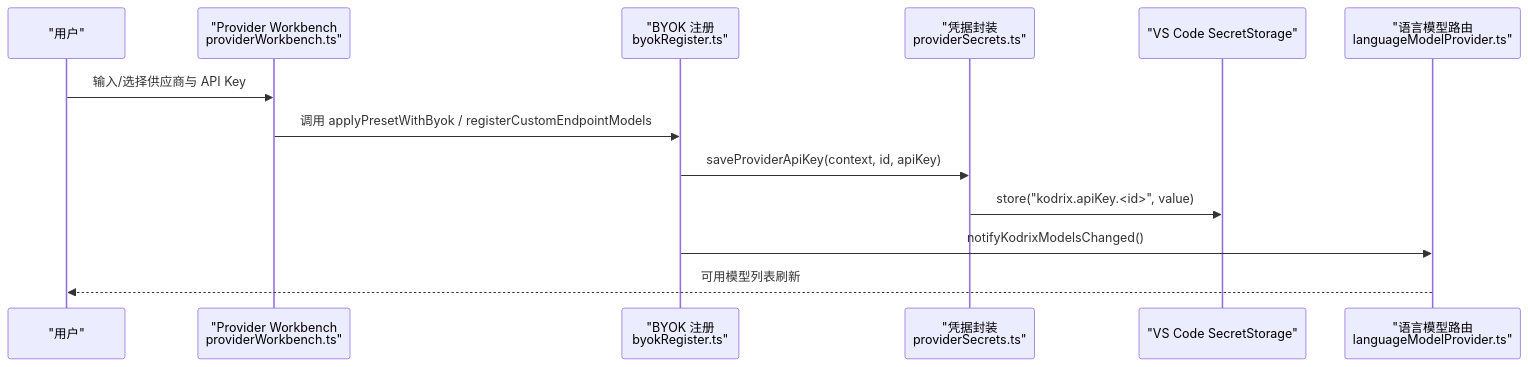
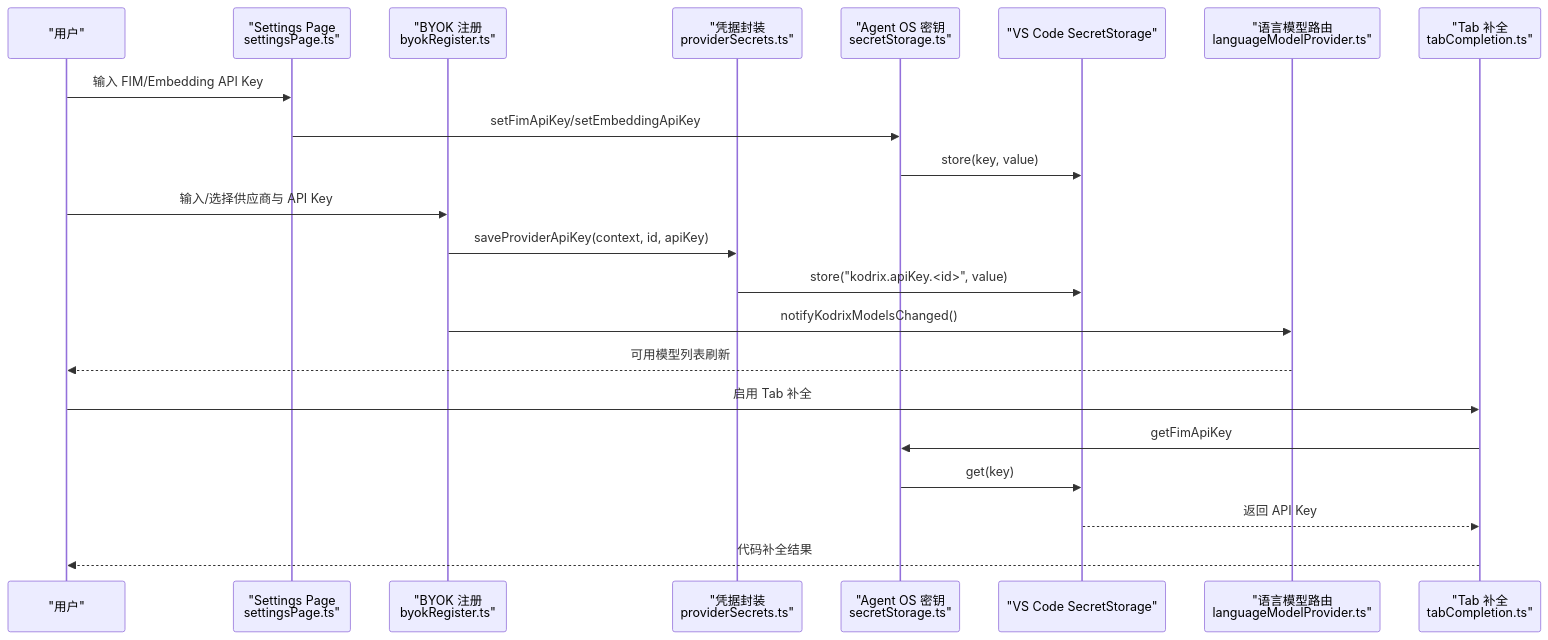
One commit to sofate798/KodrixCode changed the second of 11 diagrams in .qoder/repowiki/zh/content/本地集成/模型供应商管理/凭据安全管理.md. Above: the diagram before and after it, drawn with Mermaid. The commit also changed other lines of this file and 9 other files, not shown here.

First line of the commit message:
feat(security): 集成 SecretStorage 安全存储机制

````diff
--- a/.qoder/repowiki/zh/content/本地集成/模型供应商管理/凭据安全管理.md
+++ b/.qoder/repowiki/zh/content/本地集成/模型供应商管理/凭据安全管理.md
@@ -76,15 +116,24 @@
 ```mermaid
 sequenceDiagram
 participant User as "用户"
-participant UI as "Provider Workbench<br/>providerWorkbench.ts"
+participant UI as "Settings Page<br/>settingsPage.ts"
 participant Register as "BYOK 注册<br/>byokRegister.ts"
 participant Secrets as "凭据封装<br/>providerSecrets.ts"
+participant AgentSecrets as "Agent OS 密钥<br/>secretStorage.ts"
 participant VS as "VS Code SecretStorage"
 participant LM as "语言模型路由<br/>languageModelProvider.ts"
-User->>UI : 输入/选择供应商与 API Key
-UI->>Register : 调用 applyPresetWithByok / registerCustomEndpointModels
+participant TC as "Tab 补全<br/>tabCompletion.ts"
+User->>UI : 输入 FIM/Embedding API Key
+UI->>AgentSecrets : setFimApiKey/setEmbeddingApiKey
+AgentSecrets->>VS : store(key, value)
+User->>Register : 输入/选择供应商与 API Key
 Register->>Secrets : saveProviderApiKey(context, id, apiKey)
 Secrets->>VS : store("kodrix.apiKey.<id>", value)
 Register->>LM : notifyKodrixModelsChanged()
 LM-->>User : 可用模型列表刷新
+User->>TC : 启用 Tab 补全
+TC->>AgentSecrets : getFimApiKey
+AgentSecrets->>VS : get(key)
+VS-->>TC : 返回 API Key
+TC-->>User : 代码补全结果
 ```
````
